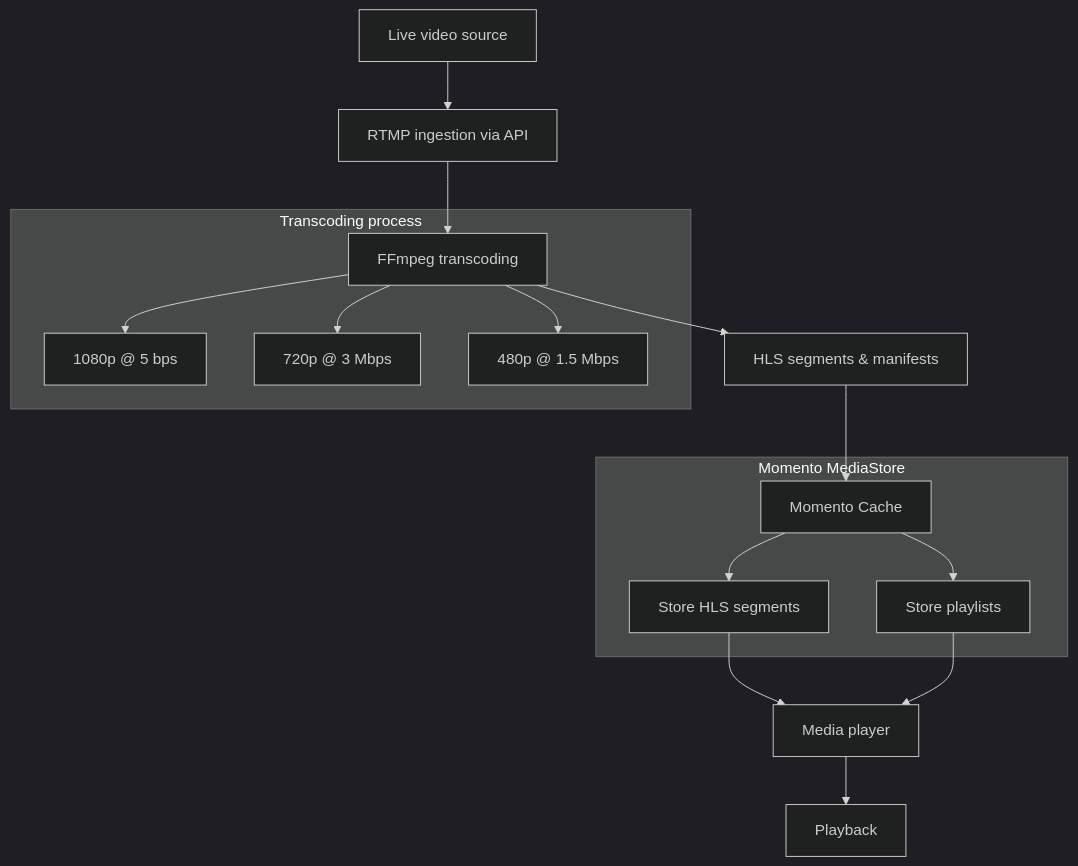
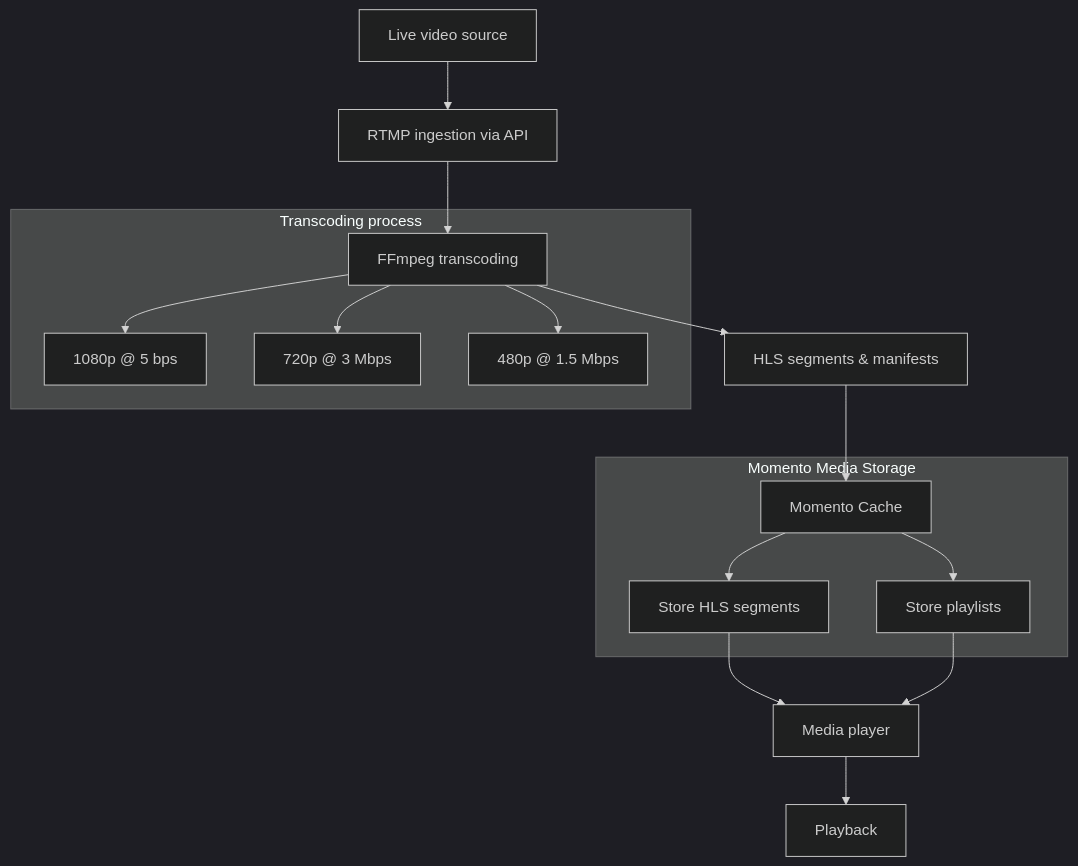
One commit to momentohq/public-dev-docs changed the diagram in i18n/ja/docusaurus-plugin-content-docs/current/mediastore/streaming/capture/rtmp.md. Above: the diagram before and after it, drawn with Mermaid (dark theme). The commit also changed other lines of this file and 80 other files, not shown here.

Commit message:
rename mediastore to media storage (#1414)

````diff
--- a/i18n/ja/docusaurus-plugin-content-docs/current/mediastore/streaming/capture/rtmp.md
+++ b/i18n/ja/docusaurus-plugin-content-docs/current/mediastore/streaming/capture/rtmp.md
@@ -35,23 +35,23 @@
 ```mermaid
 graph TD;
     A[Live video source] --> B[RTMP ingestion via API];
     B --> C[FFmpeg transcoding];
     C --> D[HLS segments & manifests];
     D --> E[Momento Cache];
 
 
     subgraph Transcoding process
         C --> H[1080p @ 5 bps];
         C --> I[720p @ 3 Mbps];
         C --> J[480p @ 1.5 Mbps];
     end
 
-    subgraph Momento MediaStore
+    subgraph Momento Media Storage
         E --> K[Store HLS segments];
         E --> L[Store playlists];
     end
 
     K --> G[Media player];
     L --> G;
     G --> F[Playback];
 ```
````
